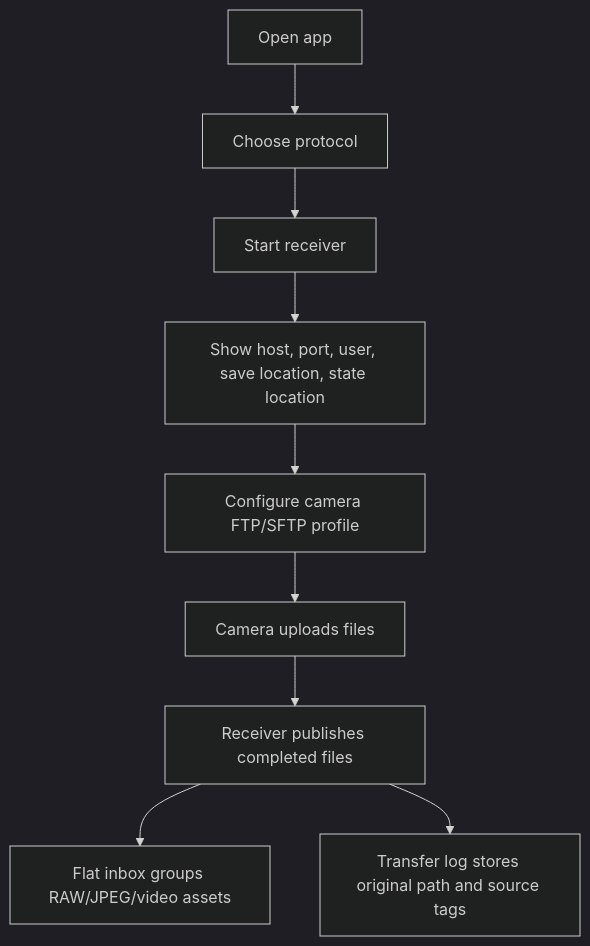
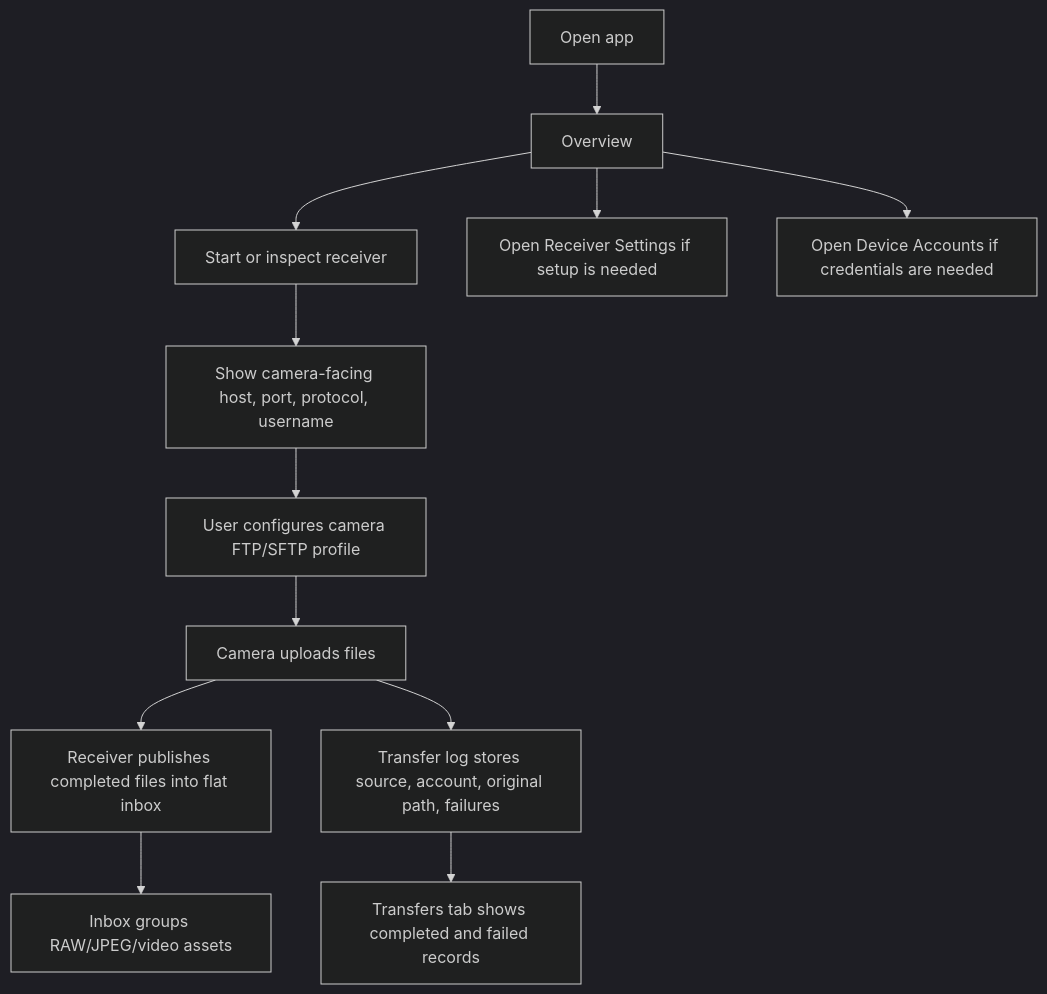
The diagram in docs/product/prototype-spec.md (CrazyNB/camera_connector), drawn with Mermaid (dark theme) before and after one commit. The commit also changed other lines of this file and 1 other file, not shown here.

Commit message:
docs: add mobile app handoff

````diff
--- a/docs/product/prototype-spec.md
+++ b/docs/product/prototype-spec.md
@@ -9,11 +30,14 @@
 ```mermaid
 flowchart TD
-  A["Open app"] --> B["Choose protocol"]
-  B --> C["Start receiver"]
-  C --> D["Show host, port, user, save location, state location"]
-  D --> E["Configure camera FTP/SFTP profile"]
-  E --> F["Camera uploads files"]
-  F --> G["Receiver publishes completed files"]
-  G --> H["Flat inbox groups RAW/JPEG/video assets"]
-  G --> I["Transfer log stores original path and source tags"]
+  A["Open app"] --> B["Overview"]
+  B --> C["Start or inspect receiver"]
+  B --> D["Open Receiver Settings if setup is needed"]
+  B --> E["Open Device Accounts if credentials are needed"]
+  C --> F["Show camera-facing host, port, protocol, username"]
+  F --> G["User configures camera FTP/SFTP profile"]
+  G --> H["Camera uploads files"]
+  H --> I["Receiver publishes completed files into flat inbox"]
+  H --> J["Transfer log stores source, account, original path, failures"]
+  I --> K["Inbox groups RAW/JPEG/video assets"]
+  J --> L["Transfers tab shows completed and failed records"]
 ```
````
